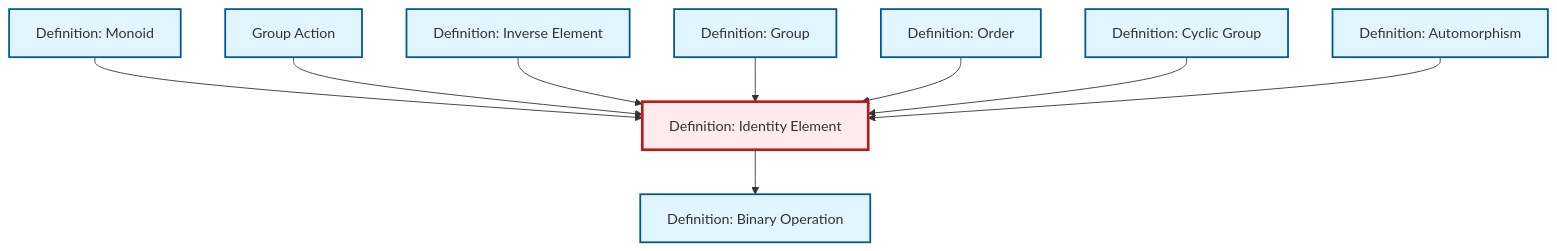
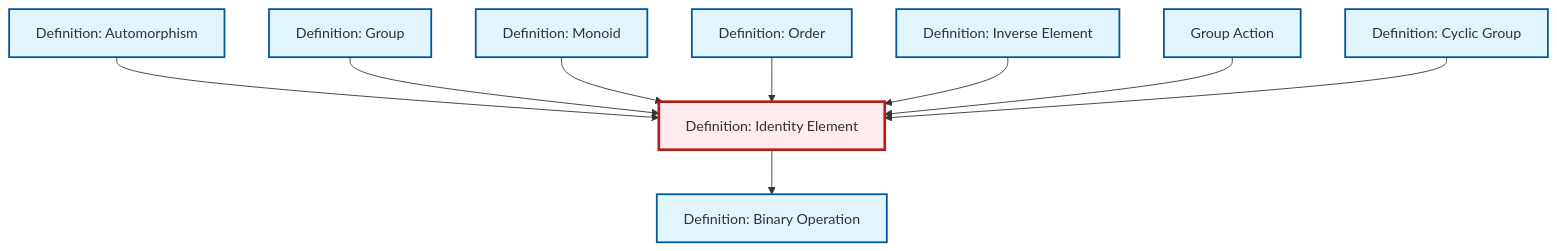
Before and after one commit to RK0429/ModernMath: the diagram in content/en/algebra/def-identity-element.qmd, drawn with Mermaid. The commit also changed other lines of this file and 634 other files, not shown here.

````diff
--- a/content/en/algebra/def-identity-element.qmd
+++ b/content/en/algebra/def-identity-element.qmd
@@ -77,35 +77,35 @@
 ```{mermaid}
 %%| fig-cap: "Local dependency graph"
 graph TD
     classDef definition fill:#e1f5fe,stroke:#01579b,stroke-width:2px
     classDef theorem fill:#f3e5f5,stroke:#4a148c,stroke-width:2px
     classDef axiom fill:#fff3e0,stroke:#e65100,stroke-width:2px
     classDef example fill:#e8f5e9,stroke:#1b5e20,stroke-width:2px
     classDef current fill:#ffebee,stroke:#b71c1c,stroke-width:3px
+    def-monoid["Definition: Monoid"]:::definition
+    def-group["Definition: Group"]:::definition
     def-binary-operation["Definition: Binary Operation"]:::definition
-    def-group["Definition: Group"]:::definition
     def-cyclic-group["Definition: Cyclic Group"]:::definition
+    def-order["Definition: Order"]:::definition
+    def-inverse-element["Definition: Inverse Element"]:::definition
+    def-group-action["Group Action"]:::definition
     def-automorphism["Definition: Automorphism"]:::definition
-    def-group-action["Group Action"]:::definition
-    def-inverse-element["Definition: Inverse Element"]:::definition
-    def-monoid["Definition: Monoid"]:::definition
-    def-order["Definition: Order"]:::definition
     def-identity-element["Definition: Identity Element"]:::definition
+    def-automorphism --> def-identity-element
+    def-group --> def-identity-element
     def-monoid --> def-identity-element
+    def-order --> def-identity-element
+    def-inverse-element --> def-identity-element
     def-identity-element --> def-binary-operation
     def-group-action --> def-identity-element
-    def-inverse-element --> def-identity-element
-    def-group --> def-identity-element
-    def-order --> def-identity-element
     def-cyclic-group --> def-identity-element
-    def-automorphism --> def-identity-element
     class def-identity-element current
+    click def-monoid "def-monoid.html" "Go to Monoid definition"
+    click def-group "def-group.html" "Go to Group definition"
     click def-binary-operation "def-binary-operation.html" "Go to Binary Operation definition"
-    click def-group "def-group.html" "Go to Group definition"
     click def-cyclic-group "def-cyclic-group.html" "Go to Cyclic Group definition"
+    click def-order "def-order.html" "Go to Order definition"
+    click def-inverse-element "def-inverse-element.html" "Go to Inverse Element definition"
+    click def-group-action "def-group-action.html" "Go to Group Action"
     click def-automorphism "def-automorphism.html" "Go to Automorphism definition"
-    click def-group-action "def-group-action.html" "Go to Group Action"
-    click def-inverse-element "def-inverse-element.html" "Go to Inverse Element definition"
-    click def-monoid "def-monoid.html" "Go to Monoid definition"
-    click def-order "def-order.html" "Go to Order definition"
 ```
````
